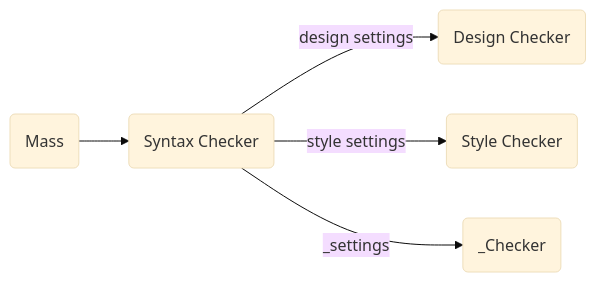
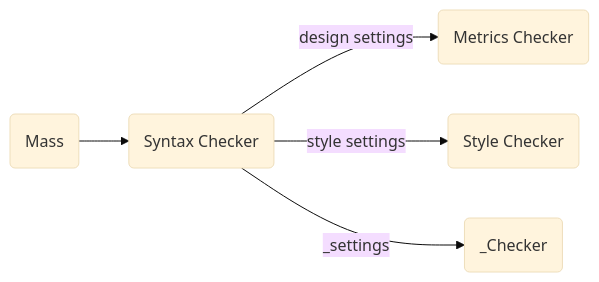
One commit to qped-eu/mass changed the diagram in src/tutorials/qped-design.md. Above: the diagram before and after it, drawn with Mermaid (base theme). The commit also changed other lines of this file and 1 other file, not shown here.

Commit message:
Updated tutorials (renamed checker and finished toc)

````diff
--- a/src/tutorials/qped-design.md
+++ b/src/tutorials/qped-design.md
@@ -22,10 +22,10 @@
 ```mermaid
 graph LR
 A(Mass)  --> B
 B(Syntax Checker) --design settings--> C
 B(Syntax Checker) --style settings--> D
 B(Syntax Checker) --_settings--> E
-C(Design Checker)
+C(Metrics Checker)
 D(Style Checker)
 E(_Checker)
 ```
````
